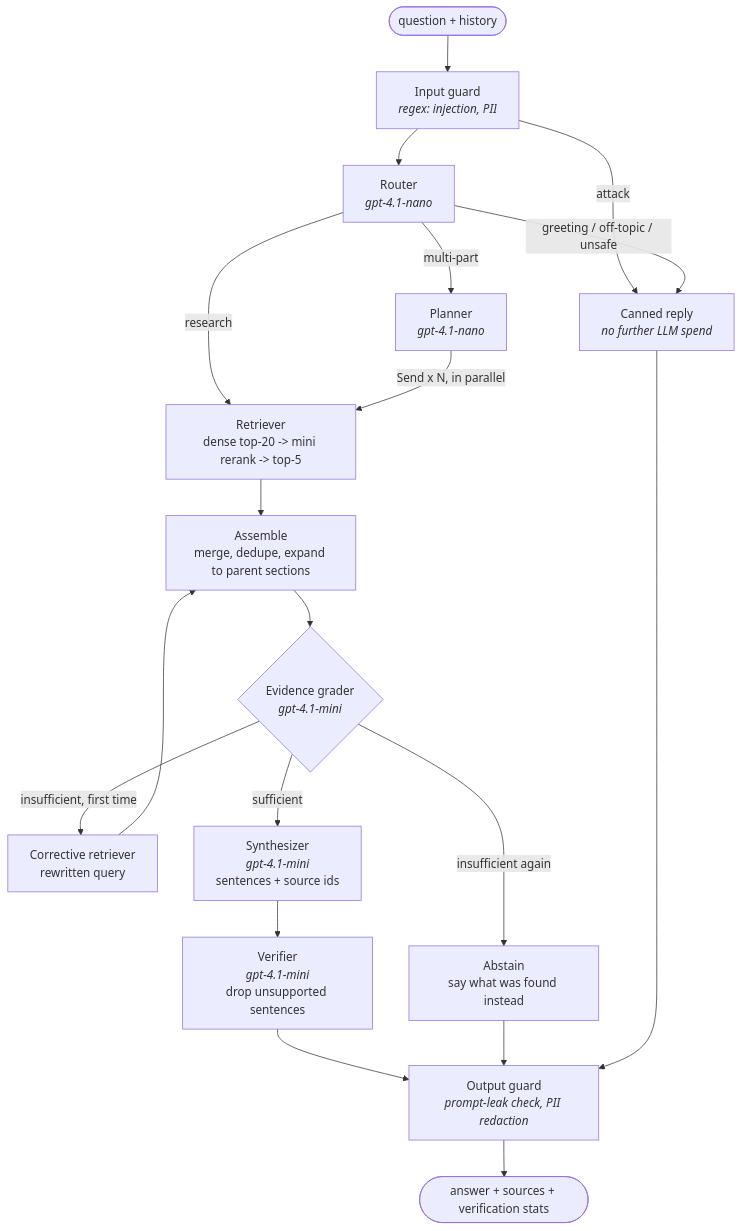
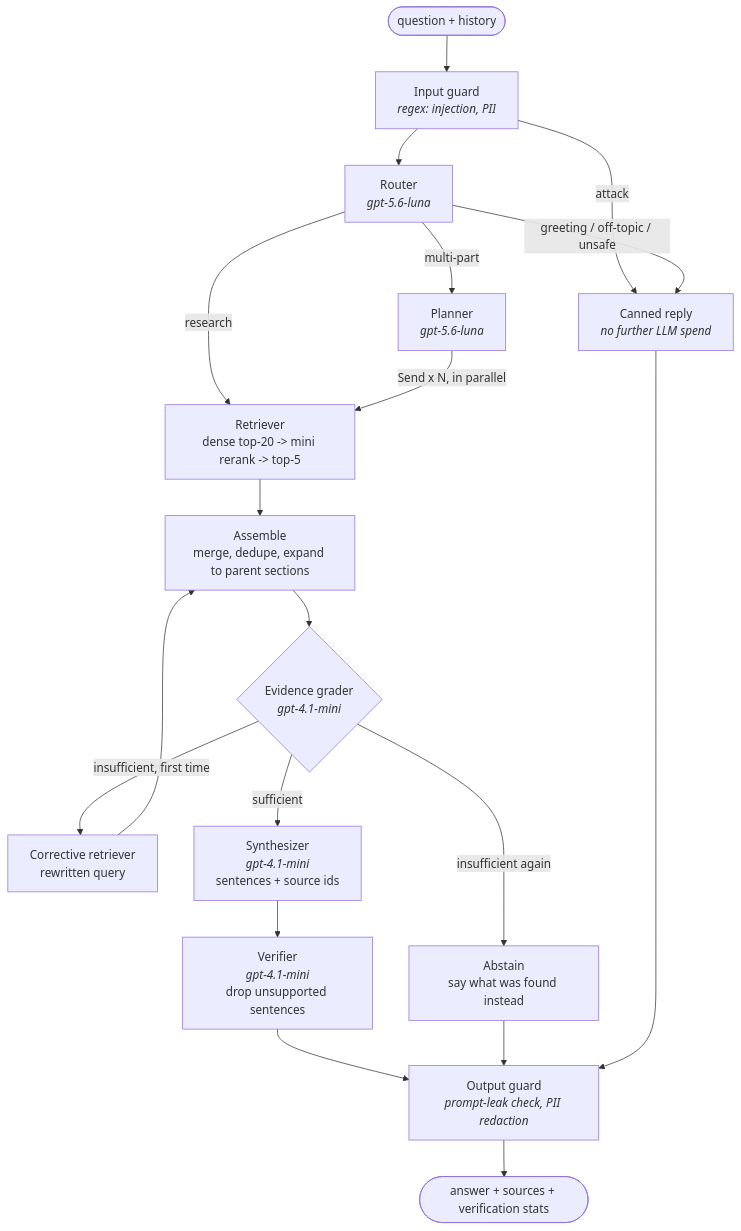
Before and after one commit to phani1362/ai-document-assistant: the diagram in docs/agents.md, drawn with Mermaid. The commit also changed 3 other files, not shown here.

Commit message:
Migrate deprecated fast model to GPT-5.6 Luna

````diff
--- a/docs/agents.md
+++ b/docs/agents.md
@@ -8,20 +8,20 @@
 ```mermaid
 flowchart TD
     Q([question + history]) --> IG[Input guard<br/><i>regex: injection, PII</i>]
     IG -->|attack| C
-    IG --> R[Router<br/><i>gpt-4.1-nano</i>]
+    IG --> R[Router<br/><i>gpt-5.6-luna</i>]
     R -->|greeting / off-topic / unsafe| C[Canned reply<br/><i>no further LLM spend</i>]
-    R -->|multi-part| P[Planner<br/><i>gpt-4.1-nano</i>]
+    R -->|multi-part| P[Planner<br/><i>gpt-5.6-luna</i>]
     R -->|research| S1
     P -->|Send x N, in parallel| S1[Retriever<br/>dense top-20 -> mini rerank -> top-5]
     S1 --> A[Assemble<br/>merge, dedupe, expand to parent sections]
     A --> G{Evidence grader<br/><i>gpt-4.1-mini</i>}
     G -->|insufficient, first time| S2[Corrective retriever<br/>rewritten query] --> A
     G -->|insufficient again| X[Abstain<br/>say what was found instead]
     G -->|sufficient| Y[Synthesizer<br/><i>gpt-4.1-mini</i><br/>sentences + source ids]
     Y --> V[Verifier<br/><i>gpt-4.1-mini</i><br/>drop unsupported sentences]
     V --> OG[Output guard<br/><i>prompt-leak check, PII redaction</i>]
     X --> OG
     C --> OG
     OG --> F([answer + sources + verification stats])
 ```
````
